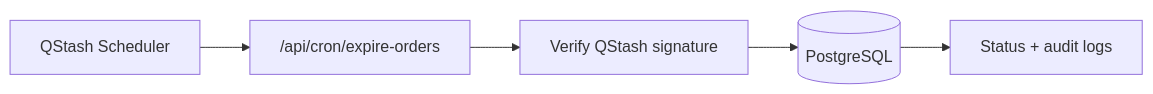
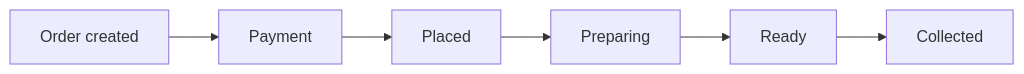
One commit to thribhuvan003/tray changed the second of 2 diagrams in README.md. Above: the diagram before and after it, drawn with Mermaid. The commit also changed other lines of this file, not shown here.

````diff
--- a/README.md
+++ b/README.md
@@ -443,13 +74,8 @@
 ```mermaid
 flowchart LR
-    Q["QStash Scheduler"]
-    Cron["/api/cron/expire-orders"]
-    Verify["Verify QStash signature"]
-    DB[("PostgreSQL")]
-    Logs["Status + audit logs"]
-
-    Q --> Cron
-    Cron --> Verify
-    Verify --> DB
-    DB --> Logs
+    A["Order created"] --> B["Payment"]
+    B --> C["Placed"]
+    C --> D["Preparing"]
+    D --> E["Ready"]
+    E --> F["Collected"]
 ```
````
